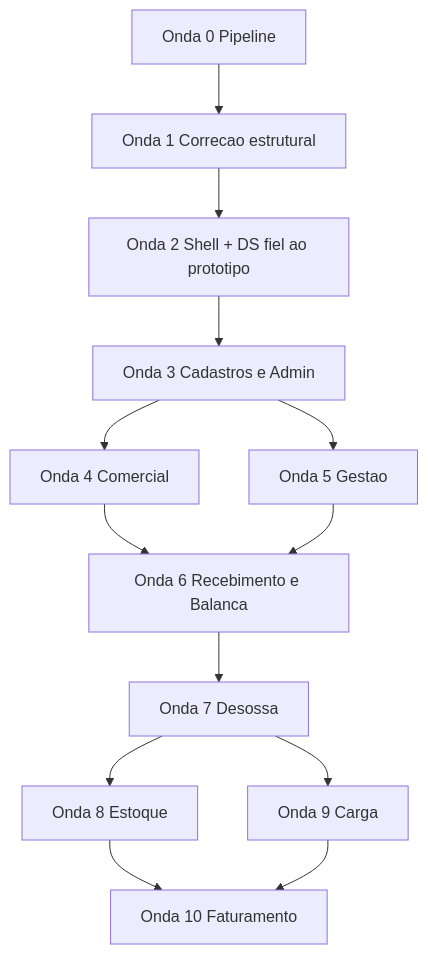
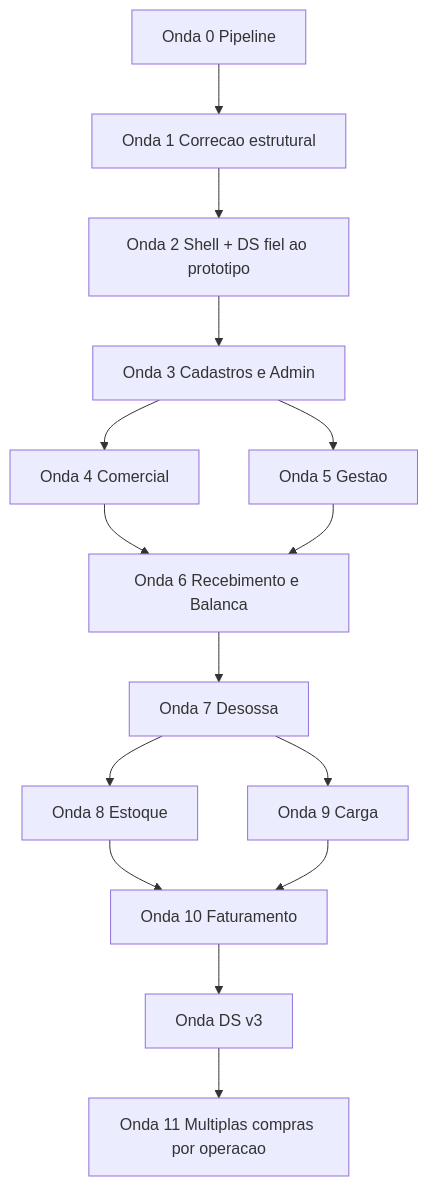
Before and after one commit to sammuka/alpha-carnes: the second of 2 diagrams in docs/governance/roadmap-canonico.md, drawn with Mermaid. The commit also changed other lines of this file and 102 other files, not shown here.

First line of the commit message:
feat: múltiplas compras por operação (#89)

````diff
--- a/docs/governance/roadmap-canonico.md
+++ b/docs/governance/roadmap-canonico.md
@@ -145,15 +147,17 @@
 ```mermaid
 flowchart TD
     O0["Onda 0 Pipeline"] --> O1["Onda 1 Correcao estrutural"]
     O1 --> O2["Onda 2 Shell + DS fiel ao prototipo"]
     O2 --> O3["Onda 3 Cadastros e Admin"]
     O3 --> O4["Onda 4 Comercial"]
     O3 --> O5["Onda 5 Gestao"]
     O4 --> O6["Onda 6 Recebimento e Balanca"]
     O5 --> O6
     O6 --> O7["Onda 7 Desossa"]
     O7 --> O8["Onda 8 Estoque"]
     O7 --> O9["Onda 9 Carga"]
     O8 --> O10["Onda 10 Faturamento"]
     O9 --> O10
+    O10 --> DSv3["Onda DS v3"]
+    DSv3 --> O11["Onda 11 Multiplas compras por operacao"]
 ```
````
